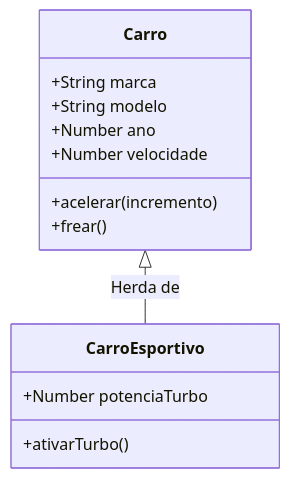
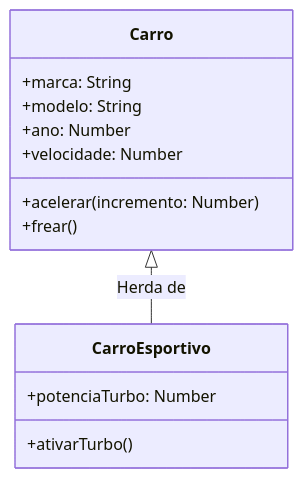
One commit to jeffersongurguri/gitbook-poo changed the diagram in README.md. Above: the diagram before and after it, drawn with Mermaid. The commit also changed other lines of this file and 1 other file, not shown here.

Commit message:
GITBOOK-6: No subject

````diff
--- a/README.md
+++ b/README.md
@@ -178,18 +178,18 @@
 ```mermaid
 classDiagram
   class Carro {
-    +String marca
-    +String modelo
-    +Number ano
-    +Number velocidade
-    +acelerar(incremento)
+    +marca: String 
+    +modelo: String 
+    +ano: Number
+    +velocidade: Number
+    +acelerar(incremento: Number)
     +frear()
   }
 
   class CarroEsportivo {
-    +Number potenciaTurbo
+    +potenciaTurbo: Number
     +ativarTurbo()
   }
 
   Carro <|-- CarroEsportivo : Herda de
 ```
````
